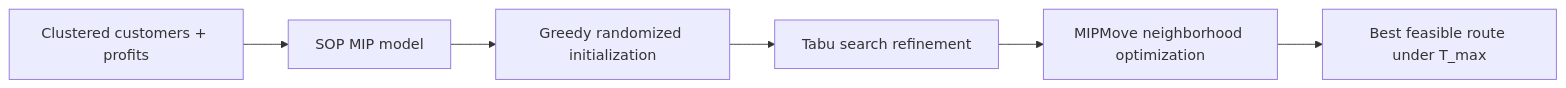
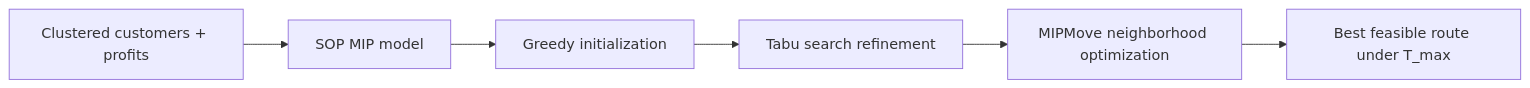
One commit to NguyenTatDat21/tatdat-vault changed the diagram in references/archetti2018-set-orienteering-problem.md. Above: the diagram before and after it, drawn with Mermaid. The commit also changed other lines of this file, not shown here.

````diff
--- a/references/archetti2018-set-orienteering-problem.md
+++ b/references/archetti2018-set-orienteering-problem.md
@@ -46,8 +53,8 @@
 ```mermaid
 flowchart LR
   A[Clustered customers + profits] --> B[SOP MIP model]
-  B --> C[Greedy randomized initialization]
+  B --> C[Greedy initialization]
   C --> D[Tabu search refinement]
   D --> E[MIPMove neighborhood optimization]
   E --> F[Best feasible route under T_max]
 ```
````
